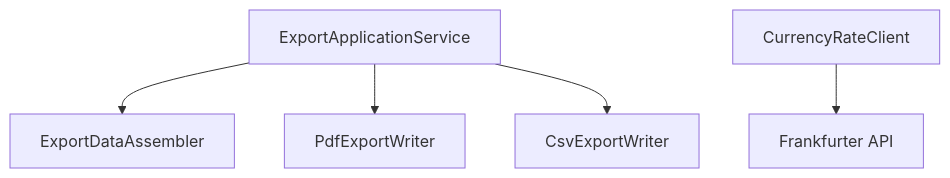
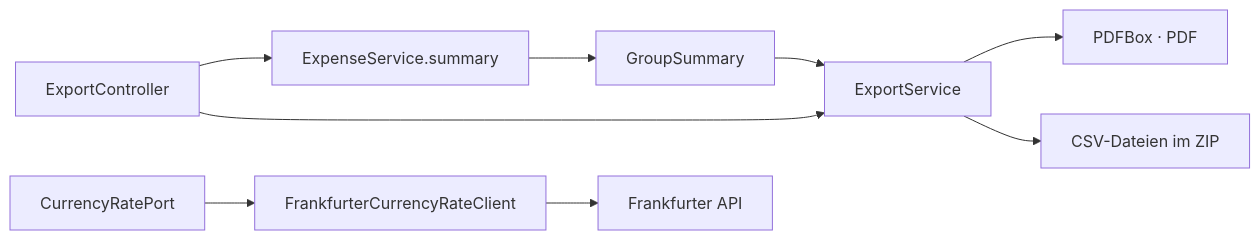
One commit to Bunyamin0101/WK_1106_CampusSplit changed the fifth of 6 diagrams in Architektur/A05-building-block-view.md. Above: the diagram before and after it, drawn with Mermaid. The commit also changed other lines of this file and 2 other files, not shown here.

Commit message:
docs(architecture): align building blocks and runtime with implementation

````diff
--- a/Architektur/A05-building-block-view.md
+++ b/Architektur/A05-building-block-view.md
@@ -361,13 +345,11 @@
 ```mermaid
-flowchart TD
-    EXPORTSERVICE[ExportApplicationService]
-    EXPORTDATA[ExportDataAssembler]
-    PDF[PdfExportWriter]
-    CSV[CsvExportWriter]
-    CURRENCY[CurrencyRateClient]
-
-    EXPORTSERVICE --> EXPORTDATA
-    EXPORTSERVICE --> PDF
-    EXPORTSERVICE --> CSV
-    CURRENCY --> FRANK[Frankfurter API]
+flowchart LR
+    CTRL[ExportController] --> SUMMARY[ExpenseService.summary]
+    CTRL --> EXPORT[ExportService]
+    SUMMARY --> DATA[GroupSummary]
+    DATA --> EXPORT
+    EXPORT --> PDF[PDFBox · PDF]
+    EXPORT --> CSV[CSV-Dateien im ZIP]
+    RATE[CurrencyRatePort] --> CLIENT[FrankfurterCurrencyRateClient]
+    CLIENT --> API[Frankfurter API]
 ```
````
